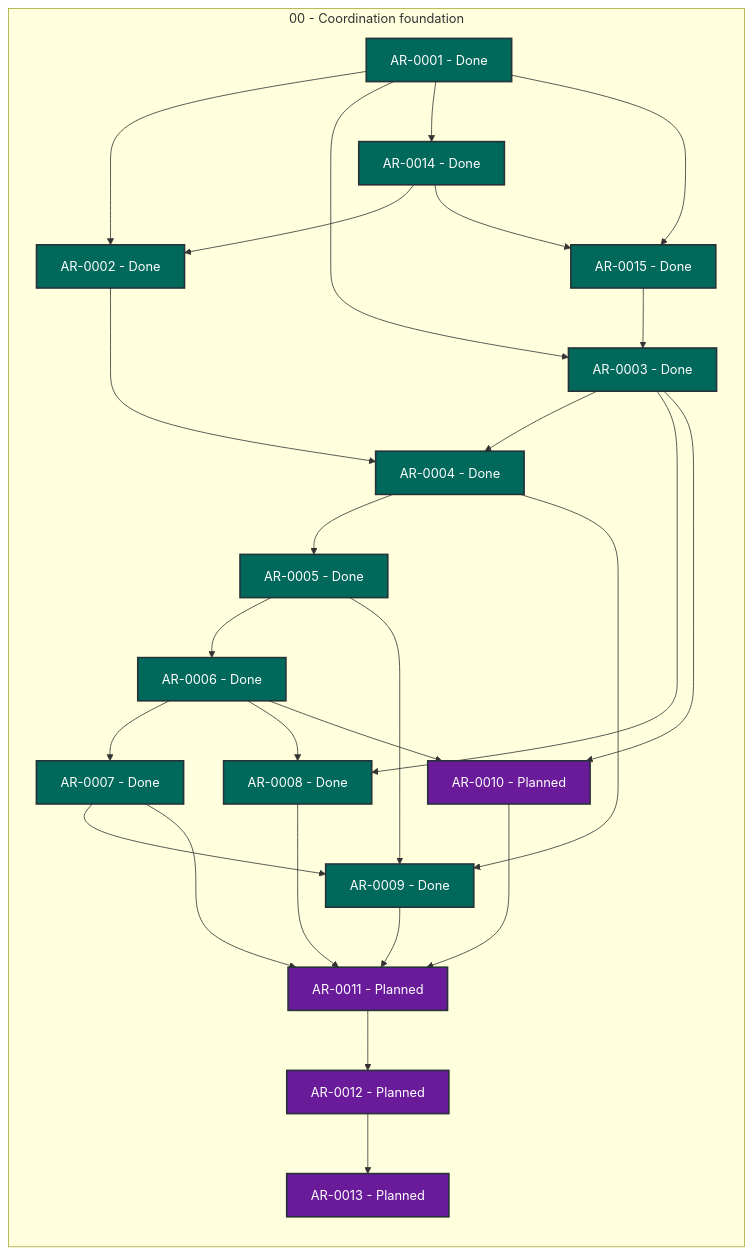
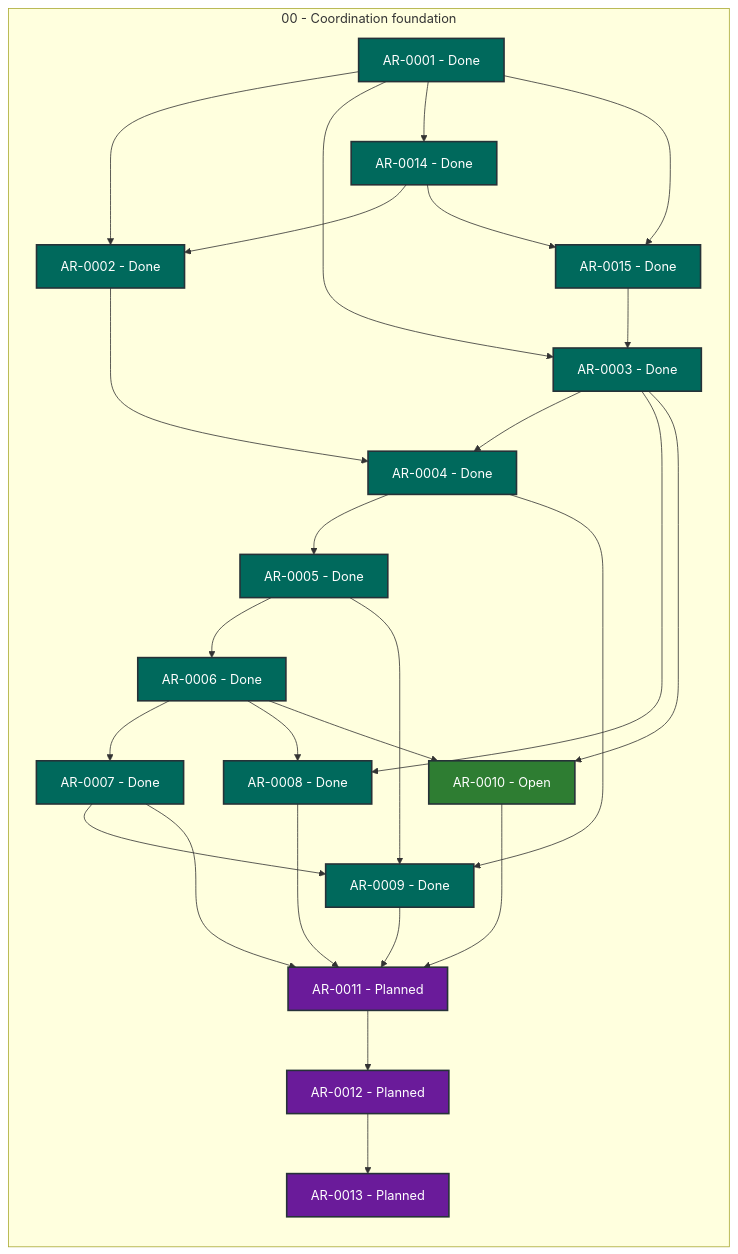
One commit to martin-beck/agent-workflow-tui-state changed the diagram in STATUS.md. Above: the diagram before and after it, drawn with Mermaid. The commit also changed other lines of this file and 2 other files, not shown here.

````diff
--- a/STATUS.md
+++ b/STATUS.md
@@ -27,54 +27,54 @@
 ```mermaid
 flowchart LR
     subgraph series_00["00 - Coordination foundation"]
         direction TB
         AR_0001["AR-0001 - Done"]:::status_done
         AR_0002["AR-0002 - Done"]:::status_done
         AR_0003["AR-0003 - Done"]:::status_done
         AR_0004["AR-0004 - Done"]:::status_done
         AR_0005["AR-0005 - Done"]:::status_done
         AR_0006["AR-0006 - Done"]:::status_done
         AR_0007["AR-0007 - Done"]:::status_done
         AR_0008["AR-0008 - Done"]:::status_done
         AR_0009["AR-0009 - Done"]:::status_done
-        AR_0010["AR-0010 - Planned"]:::status_planned
+        AR_0010["AR-0010 - Open"]:::status_open
         AR_0011["AR-0011 - Planned"]:::status_planned
         AR_0012["AR-0012 - Planned"]:::status_planned
         AR_0013["AR-0013 - Planned"]:::status_planned
         AR_0014["AR-0014 - Done"]:::status_done
         AR_0015["AR-0015 - Done"]:::status_done
     end
     AR_0001 --> AR_0002
     AR_0001 --> AR_0003
     AR_0001 --> AR_0014
     AR_0001 --> AR_0015
     AR_0002 --> AR_0004
     AR_0003 --> AR_0004
     AR_0003 --> AR_0008
     AR_0003 --> AR_0010
     AR_0004 --> AR_0005
     AR_0004 --> AR_0009
     AR_0005 --> AR_0006
     AR_0005 --> AR_0009
     AR_0006 --> AR_0007
     AR_0006 --> AR_0008
     AR_0006 --> AR_0010
     AR_0007 --> AR_0009
     AR_0007 --> AR_0011
     AR_0008 --> AR_0011
     AR_0009 --> AR_0011
     AR_0010 --> AR_0011
     AR_0011 --> AR_0012
     AR_0012 --> AR_0013
     AR_0014 --> AR_0002
     AR_0014 --> AR_0015
     AR_0015 --> AR_0003
     classDef status_in_progress fill:#1565c0,color:#ffffff,stroke:#263238,stroke-width:2px
     classDef status_open fill:#2e7d32,color:#ffffff,stroke:#263238,stroke-width:2px
     classDef status_blocked fill:#c62828,color:#ffffff,stroke:#263238,stroke-width:2px
     classDef status_planned fill:#6a1b9a,color:#ffffff,stroke:#263238,stroke-width:2px
     classDef status_future fill:#455a64,color:#ffffff,stroke:#263238,stroke-width:2px
     classDef status_done fill:#00695c,color:#ffffff,stroke:#263238,stroke-width:2px
     classDef status_cancelled fill:#616161,color:#ffffff,stroke:#263238,stroke-width:2px
     classDef status_superseded fill:#5d4037,color:#ffffff,stroke:#263238,stroke-width:2px
 ```
````
